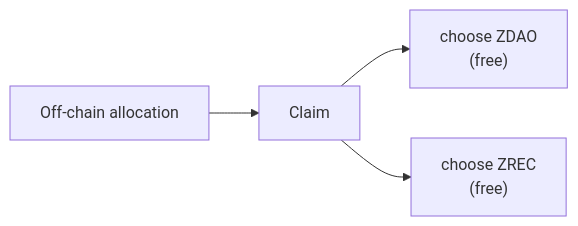
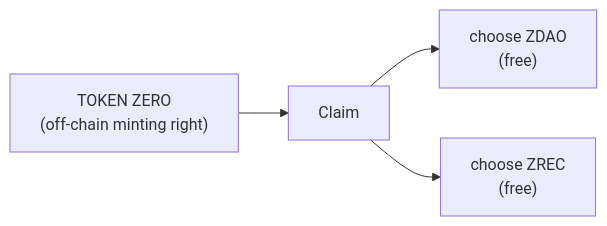
Before and after one commit to blockvault-ai/zero-energy: the second of 3 diagrams in docs/business-logic/02-genesis-phase.md, drawn with Mermaid. The commit also changed other lines of this file and 8 other files, not shown here.

Commit message:
docs: introduce TOKEN ZERO presale denomination, knowledge base index

````diff
--- a/docs/business-logic/02-genesis-phase.md
+++ b/docs/business-logic/02-genesis-phase.md
@@ -66,6 +66,6 @@
 ```mermaid
 flowchart LR
-    A[Off-chain allocation] --> B[Claim]
+    A["TOKEN ZERO<br/>(off-chain minting right)"] --> B[Claim]
     B --> C["choose ZDAO<br/>(free)"]
     B --> D["choose ZREC<br/>(free)"]
 ```
````
